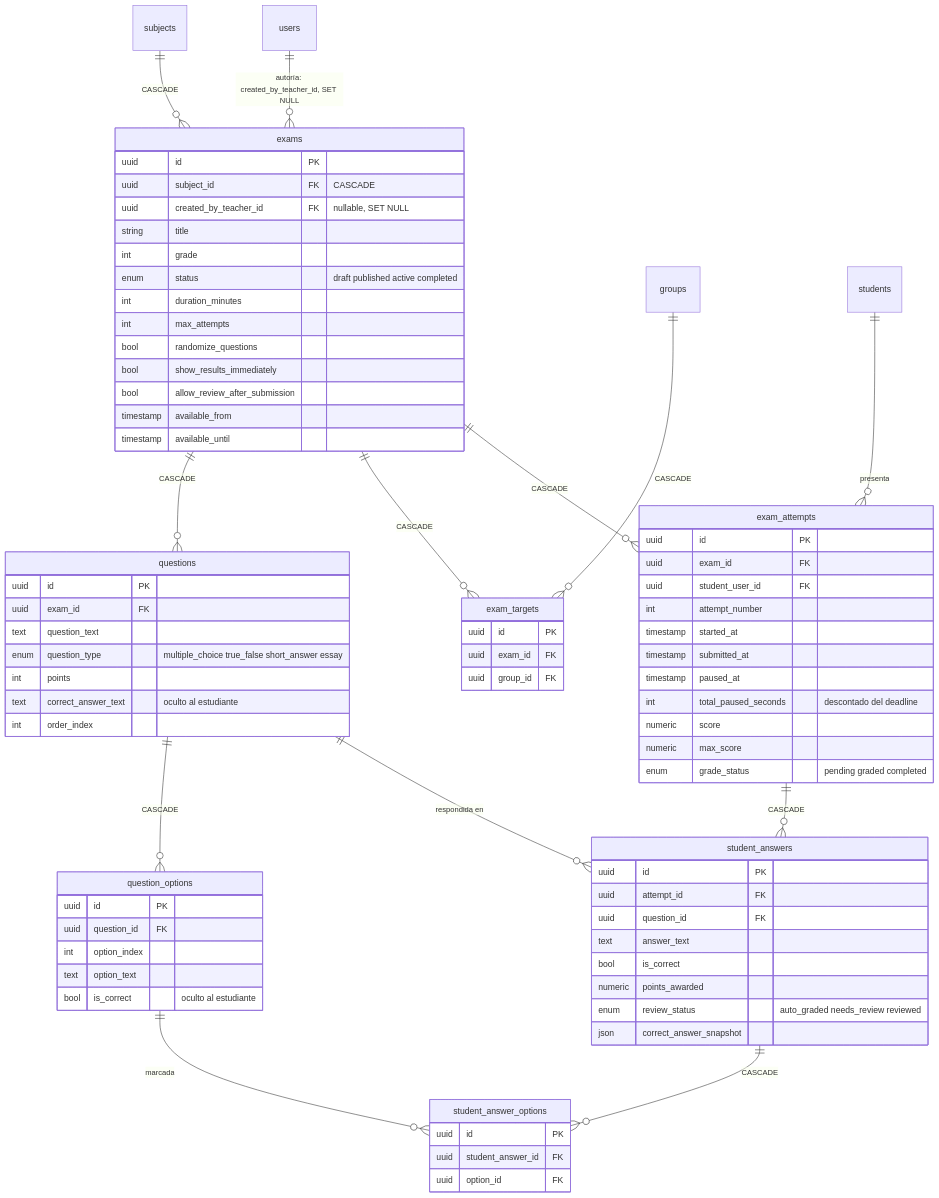
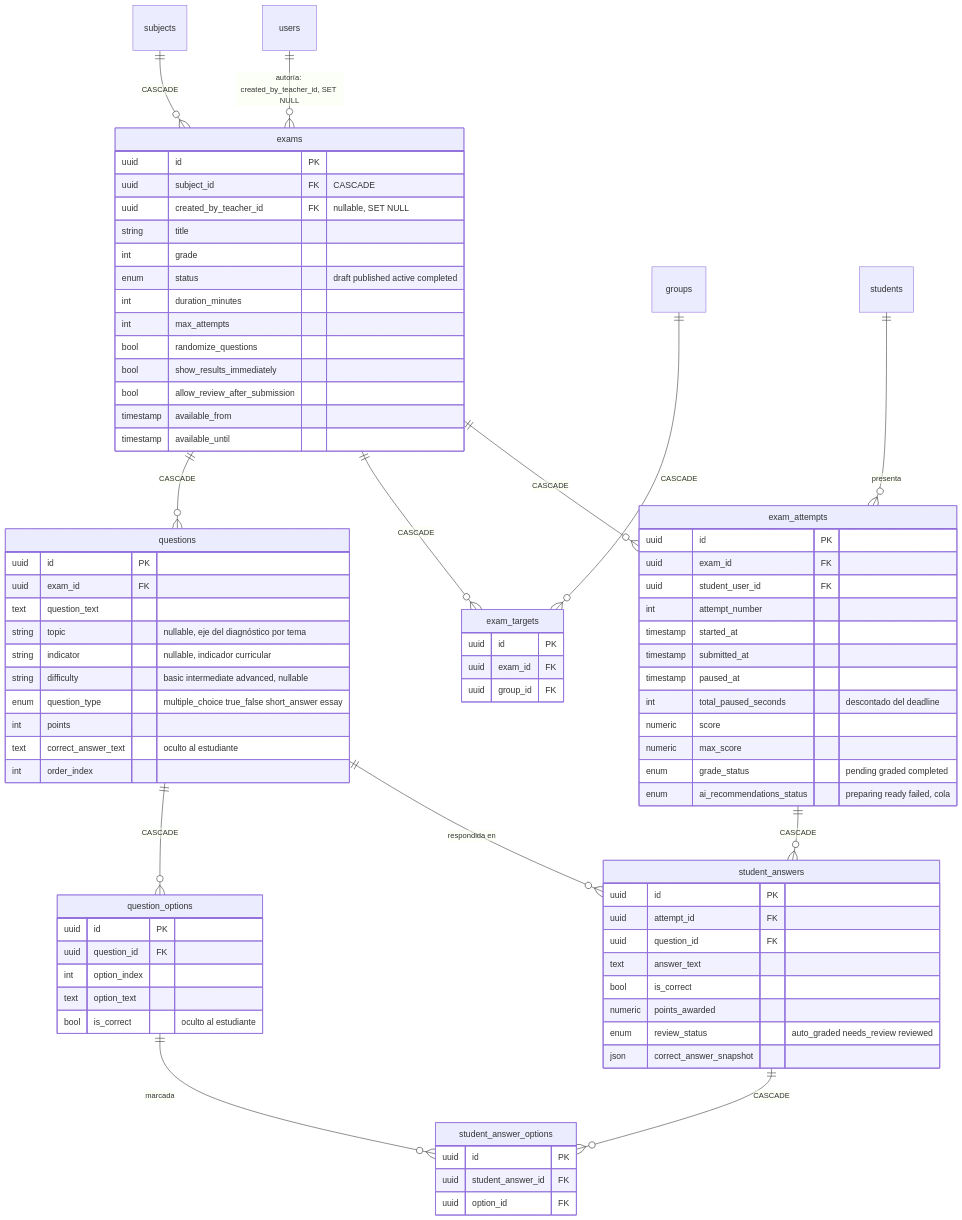
One commit to Infil505/NeoEduCore-Back changed the third of 16 diagrams in docs/DIAGRAMAS.md. Above: the diagram before and after it, drawn with Mermaid. The commit also changed other lines of this file and 45 other files, not shown here.

```diff
--- a/docs/DIAGRAMAS.md
+++ b/docs/DIAGRAMAS.md
@@ -253,6 +259,9 @@
         uuid id PK
         uuid exam_id FK
         text question_text
+        string topic "nullable, eje del diagnóstico por tema"
+        string indicator "nullable, indicador curricular"
+        string difficulty "basic intermediate advanced, nullable"
         enum question_type "multiple_choice true_false short_answer essay"
         int points
         text correct_answer_text "oculto al estudiante"
@@ -282,6 +291,7 @@
         numeric score
         numeric max_score
         enum grade_status "pending graded completed"
+        enum ai_recommendations_status "preparing ready failed, cola"
     }
     student_answers {
         uuid id PK
```
